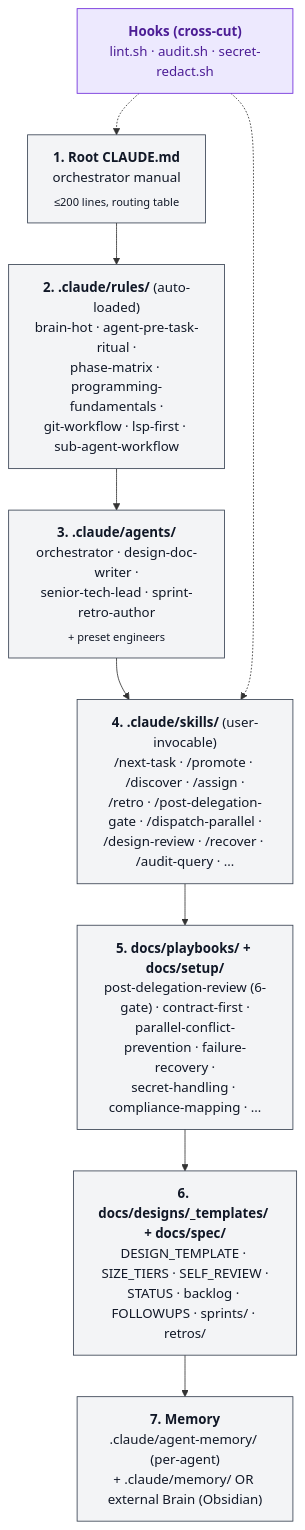
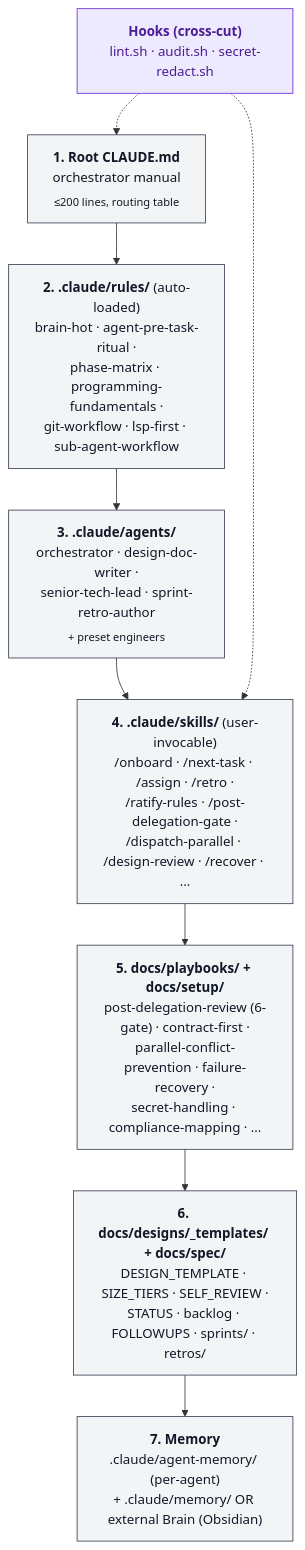
Before and after one commit to Maximumsoft-Co-LTD/claude-flightdeck: the third of 3 diagrams in README.md, drawn with Mermaid. The commit also changed other lines of this file and 10 other files, not shown here.

First line of the commit message:
feat(workflow): post-install doctor.sh health check + /ratify-rules lesson loop

````diff
--- a/README.md
+++ b/README.md
@@ -139,20 +144,20 @@
 ```mermaid
 flowchart TD
     L1["<b>1. Root CLAUDE.md</b><br/>orchestrator manual<br/><sub>≤200 lines, routing table</sub>"]
     L2["<b>2. .claude/rules/</b> (auto-loaded)<br/>brain-hot · agent-pre-task-ritual ·<br/>phase-matrix · programming-fundamentals ·<br/>git-workflow · lsp-first · sub-agent-workflow"]
     L3["<b>3. .claude/agents/</b><br/>orchestrator · design-doc-writer ·<br/>senior-tech-lead · sprint-retro-author<br/><sub>+ preset engineers</sub>"]
-    L4["<b>4. .claude/skills/</b> (user-invocable)<br/>/next-task · /promote · /discover · /assign ·<br/>/retro · /post-delegation-gate · /dispatch-parallel ·<br/>/design-review · /recover · /audit-query · …"]
+    L4["<b>4. .claude/skills/</b> (user-invocable)<br/>/onboard · /next-task · /assign · /retro ·<br/>/ratify-rules · /post-delegation-gate ·<br/>/dispatch-parallel · /design-review · /recover · …"]
     L5["<b>5. docs/playbooks/ + docs/setup/</b><br/>post-delegation-review (6-gate) · contract-first ·<br/>parallel-conflict-prevention · failure-recovery ·<br/>secret-handling · compliance-mapping · …"]
     L6["<b>6. docs/designs/_templates/ + docs/spec/</b><br/>DESIGN_TEMPLATE · SIZE_TIERS · SELF_REVIEW ·<br/>STATUS · backlog · FOLLOWUPS · sprints/ · retros/"]
     L7["<b>7. Memory</b><br/>.claude/agent-memory/ (per-agent)<br/>+ .claude/memory/ OR external Brain (Obsidian)"]
     Hooks["<b>Hooks (cross-cut)</b><br/>lint.sh · audit.sh · secret-redact.sh"]
 
     L1 --> L2 --> L3 --> L4 --> L5 --> L6 --> L7
     Hooks -.-> L1
     Hooks -.-> L4
 
     classDef layer fill:#f3f4f6,stroke:#374151,color:#111827
     classDef hooks fill:#ede9fe,stroke:#6d28d9,color:#4c1d95
     class L1,L2,L3,L4,L5,L6,L7 layer
     class Hooks hooks
 ```
````
